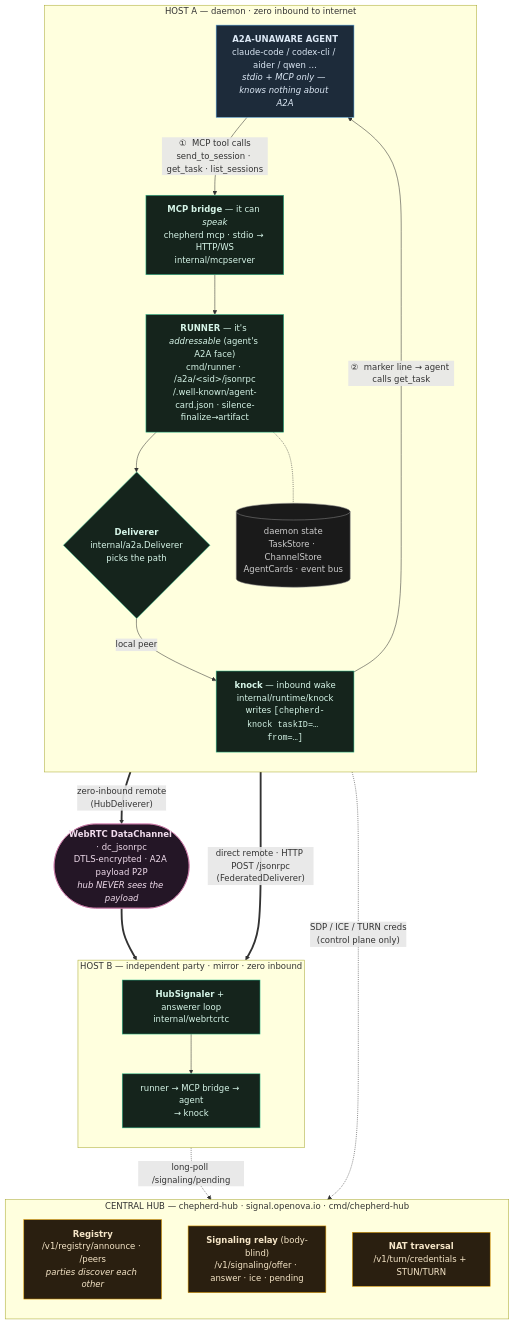
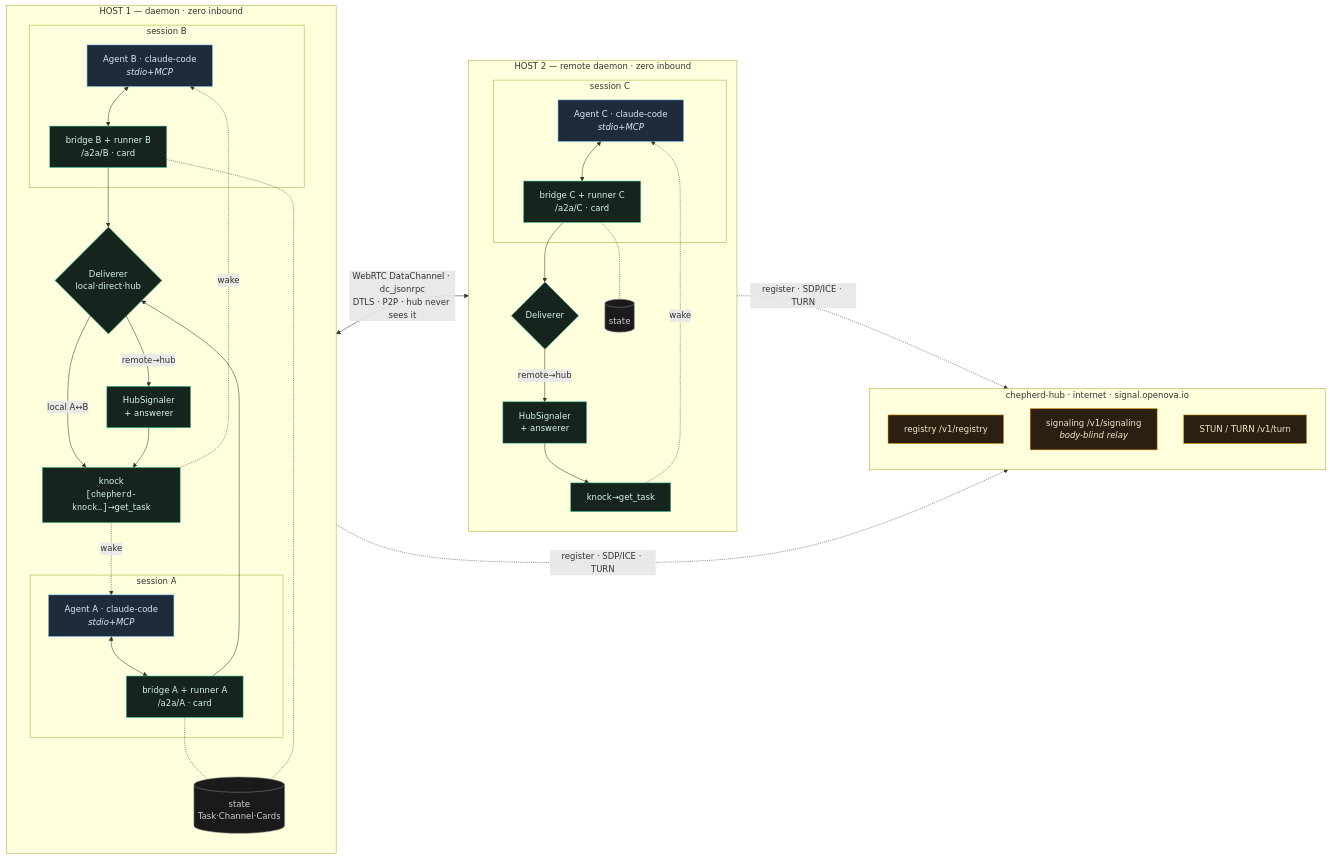
The first of 3 diagrams in docs/A2A-ARCHITECTURE.md (agenity-org/agenity), drawn with Mermaid before and after one commit. The commit also changed other lines of this file, not shown here.

Commit message:
docs(a2a): lean component map — A+B local on Host 1, C remote on Host 2
Rework per review: leaner nodes, explicit containment (agent ⊂ session ⊂
daemon; Deliverer/knock/HubSignaler/state shared at daemon level; hub
separate), and a concrete 3-agent topology — A and B co-located on
Host 1 talking locally (knock, no hub), both meeting C on remote Host 2
over a WebRTC DataChannel the hub negotiates but never reads. Sequence
diagrams split into local (A→B) and remote (A→C) round-trips. No
component dropped (bridge, runner, knock, Deliverer, state, HubSignaler,
WebRTC dc_jsonrpc, hub registry/signaling/TURN all present).

````diff
--- a/docs/A2A-ARCHITECTURE.md
+++ b/docs/A2A-ARCHITECTURE.md
@@ -14,50 +19,66 @@
 ```mermaid
-flowchart TB
+flowchart LR
   classDef agent fill:#1d2b3a,stroke:#4f9dd9,color:#dce8f5
   classDef ours fill:#15241c,stroke:#2fbf8f,color:#d6f5e8
   classDef hub fill:#2a1f10,stroke:#e69f00,color:#f6e6c8
-  classDef wire fill:#241626,stroke:#cc79a7,color:#f0dcec
   classDef store fill:#1a1a1a,stroke:#888,color:#ccc
 
-  subgraph HostA["HOST A — daemon · zero inbound to internet"]
+  subgraph H1["HOST 1 — daemon · zero inbound"]
     direction TB
-    AgentA["<b>A2A-UNAWARE AGENT</b><br/>claude-code / codex-cli / aider / qwen …<br/><i>stdio + MCP only — knows nothing about A2A</i>"]:::agent
-    MCPBridge["<b>MCP bridge</b> — it can <i>speak</i><br/>chepherd mcp · stdio → HTTP/WS<br/>internal/mcpserver"]:::ours
-    Knock["<b>knock</b> — inbound wake<br/>internal/runtime/knock<br/>writes <code>[chepherd-knock taskID=… from=…]</code>"]:::ours
-    Runner["<b>RUNNER</b> — it's <i>addressable</i> (agent's A2A face)<br/>cmd/runner · /a2a/&lt;sid&gt;/jsonrpc<br/>/.well-known/agent-card.json · silence-finalize→artifact"]:::ours
-    Deliverer{"<b>Deliverer</b><br/>internal/a2a.Deliverer<br/>picks the path"}:::ours
-    State[("daemon state<br/>TaskStore · ChannelStore<br/>AgentCards · event bus")]:::store
-
-    AgentA -- "①  MCP tool calls<br/>send_to_session · get_task · list_sessions" --> MCPBridge
-    MCPBridge --> Runner
-    Knock -- "②  marker line → agent calls get_task" --> AgentA
-    Runner --> Deliverer
-    Runner -.- State
-    Deliverer -- "local peer" --> Knock
+    subgraph SA["session A"]
+      A["Agent A · claude-code<br/><i>stdio+MCP</i>"]:::agent
+      RA["bridge A + runner A<br/>/a2a/A · card"]:::ours
+      A <--> RA
+    end
+    subgraph SB["session B"]
+      B["Agent B · claude-code<br/><i>stdio+MCP</i>"]:::agent
+      RB["bridge B + runner B<br/>/a2a/B · card"]:::ours
+      B <--> RB
+    end
+    D1{"Deliverer<br/>local·direct·hub"}:::ours
+    K1["knock<br/><code>[chepherd-knock…]</code>→get_task"]:::ours
+    HS1["HubSignaler<br/>+ answerer"]:::ours
+    ST1[("state<br/>Task·Channel·Cards")]:::store
+    RA --> D1
+    RB --> D1
+    RA -.- ST1
+    RB -.- ST1
+    D1 -- "local A↔B" --> K1
+    K1 -. wake .-> A
+    K1 -. wake .-> B
+    D1 -- "remote→hub" --> HS1
   end
 
-  subgraph Hub["CENTRAL HUB — chepherd-hub · signal.openova.io · cmd/chepherd-hub"]
+  subgraph HUB["chepherd-hub · internet · signal.openova.io"]
     direction TB
-    Reg["<b>Registry</b><br/>/v1/registry/announce · /peers<br/><i>parties discover each other</i>"]:::hub
-    Sig["<b>Signaling relay</b> (body-blind)<br/>/v1/signaling/offer · answer · ice · pending"]:::hub
-    Turn["<b>NAT traversal</b><br/>/v1/turn/credentials + STUN/TURN"]:::hub
+    REG["registry /v1/registry"]:::hub
+    SIG["signaling /v1/signaling<br/><i>body-blind relay</i>"]:::hub
+    TURN["STUN / TURN /v1/turn"]:::hub
   end
 
-  DC(["<b>WebRTC DataChannel</b> · dc_jsonrpc<br/>DTLS-encrypted · A2A payload P2P<br/><i>hub NEVER sees the payload</i>"]):::wire
-
-  subgraph HostB["HOST B — independent party · mirror · zero inbound"]
+  subgraph H2["HOST 2 — remote daemon · zero inbound"]
     direction TB
-    HubSig["<b>HubSignaler</b> + answerer loop<br/>internal/webrtcrtc"]:::ours
-    RunnerB["runner → MCP bridge → agent<br/>→ knock"]:::ours
-    HubSig --> RunnerB
+    subgraph SC["session C"]
+      C["Agent C · claude-code<br/><i>stdio+MCP</i>"]:::agent
+      RC["bridge C + runner C<br/>/a2a/C · card"]:::ours
+      C <--> RC
+    end
+    D2{"Deliverer"}:::ours
+    K2["knock→get_task"]:::ours
+    HS2["HubSignaler<br/>+ answerer"]:::ours
+    ST2[("state")]:::store
+    RC --> D2
+    RC -.- ST2
+    D2 -- "remote→hub" --> HS2
+    HS2 --> K2
+    K2 -. wake .-> C
   end
 
-  %% routing paths out of the Deliverer
-  Deliverer == "direct remote · HTTP POST /jsonrpc<br/>(FederatedDeliverer)" ==> RunnerB
-  Deliverer == "zero-inbound remote<br/>(HubDeliverer)" ==> DC
-  DC ==> RunnerB
+  %% control plane only — discovery + signaling + TURN (NEVER payload)
+  HS1 -. "register · SDP/ICE · TURN" .-> HUB
+  HS2 -. "register · SDP/ICE · TURN" .-> HUB
 
-  %% control plane only — signaling + discovery + TURN (never payload)
-  Deliverer -. "SDP / ICE / TURN creds<br/>(control plane only)" .-> Hub
-  HubSig -. "long-poll /signaling/pending" .-> Hub
+  %% data plane — encrypted A2A payload, peer-to-peer, hub blind
+  HS1 <-->|"WebRTC DataChannel · dc_jsonrpc<br/>DTLS · P2P · hub never sees it"| HS2
+  HS1 --> K1
 ```
````
